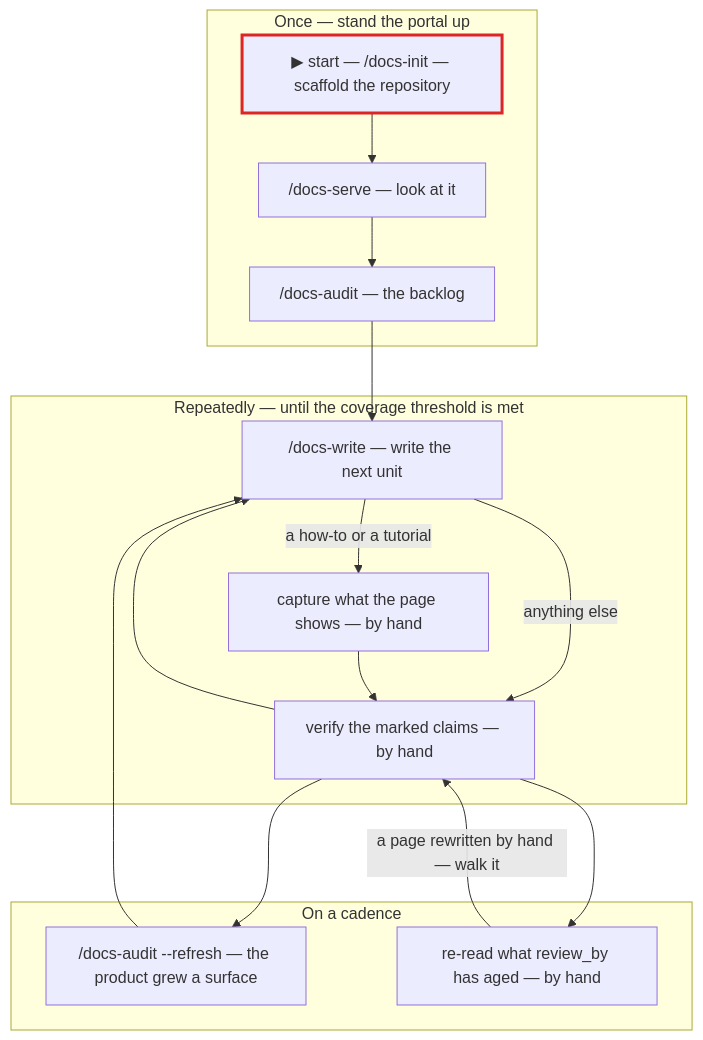
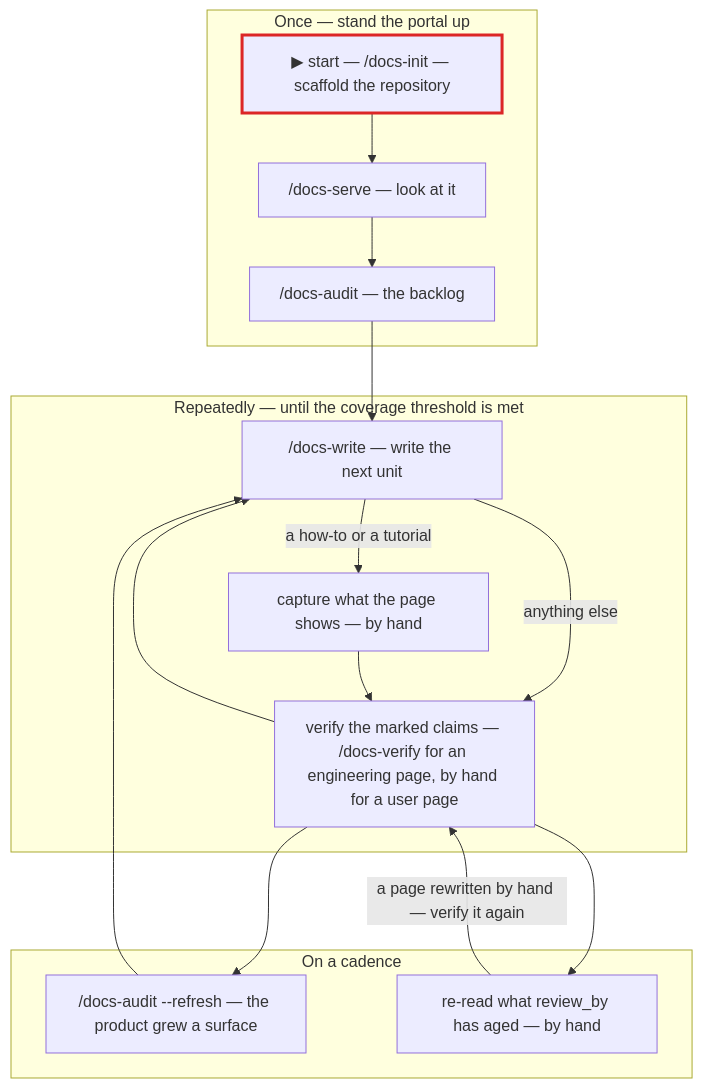
The diagram in plugins/docs-workflows/docs/docs-workflow.md (ihudak/ai-workflows), drawn with Mermaid before and after one commit. The commit also changed other lines of this file and 27 other files, not shown here.

````diff
--- a/plugins/docs-workflows/docs/docs-workflow.md
+++ b/plugins/docs-workflows/docs/docs-workflow.md
@@ -9,31 +9,31 @@
 ```mermaid
 flowchart TD
     subgraph ONCE["Once — stand the portal up"]
         INIT["▶ start — /docs-init — scaffold the repository"]
         SERVE["/docs-serve — look at it"]
         AUDIT["/docs-audit — the backlog"]
         INIT --> SERVE
         SERVE --> AUDIT
     end
     subgraph LOOP["Repeatedly — until the coverage threshold is met"]
         WRITE["/docs-write — write the next unit"]
         CAPTURE["capture what the page shows — by hand"]
-        VERIFY["verify the marked claims — by hand"]
+        VERIFY["verify the marked claims — /docs-verify for an engineering page, by hand for a user page"]
         WRITE -->|"a how-to or a tutorial"| CAPTURE
         WRITE -->|"anything else"| VERIFY
         CAPTURE --> VERIFY
         VERIFY --> WRITE
     end
     subgraph CADENCE["On a cadence"]
         REFRESH["/docs-audit --refresh — the product grew a surface"]
         ROT["re-read what review_by has aged — by hand"]
     end
     AUDIT --> WRITE
     VERIFY --> REFRESH
     VERIFY --> ROT
     REFRESH --> WRITE
-    ROT -->|"a page rewritten by hand — walk it"| VERIFY
+    ROT -->|"a page rewritten by hand — verify it again"| VERIFY
 
     classDef entry stroke:#dc2626,stroke-width:3px
     class INIT entry
 ```
````
